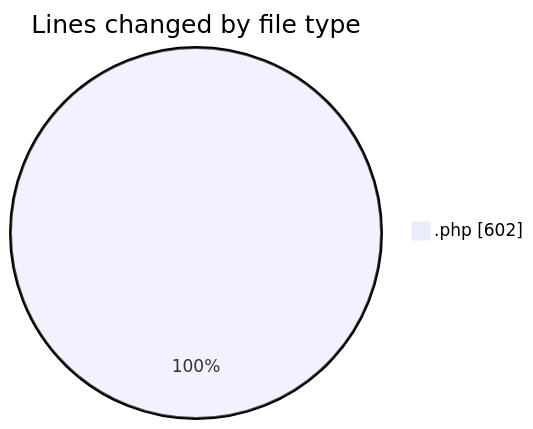
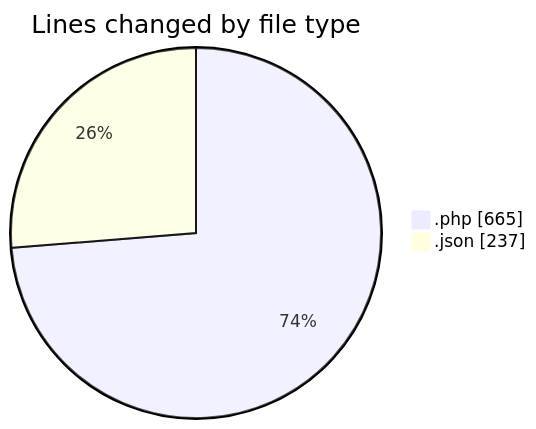
Before and after one commit to idhammustaqopulfikri/code-tracking: the first of 2 diagrams in 2025-06-22/studio-backend/README.md, drawn with Mermaid. The commit also changed other lines of this file and 1 other file, not shown here.

````diff
--- a/2025-06-22/studio-backend/README.md
+++ b/2025-06-22/studio-backend/README.md
@@ -23,5 +25,6 @@
 ```mermaid
 pie showData
 title Lines changed by file type
-".php" : 602
+".php" : 665
+".json" : 237
 ```
````
